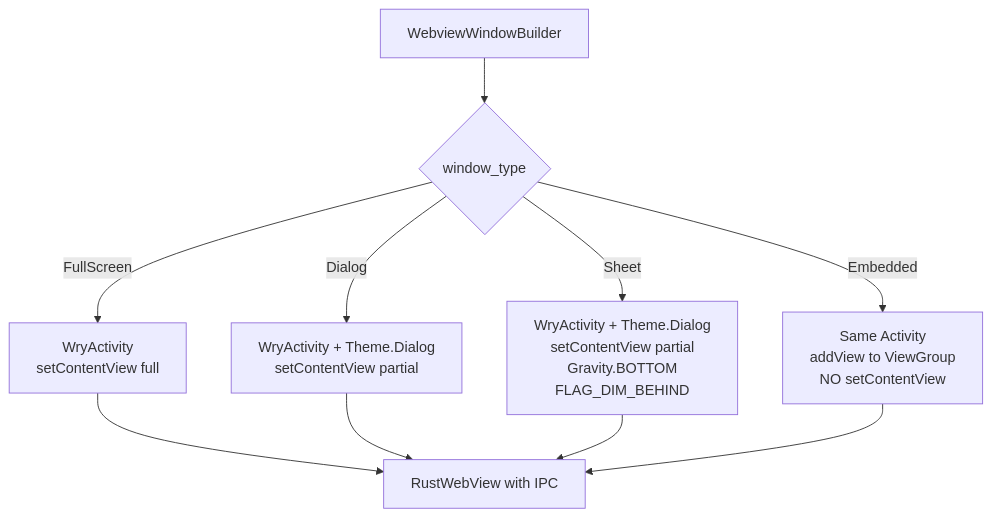
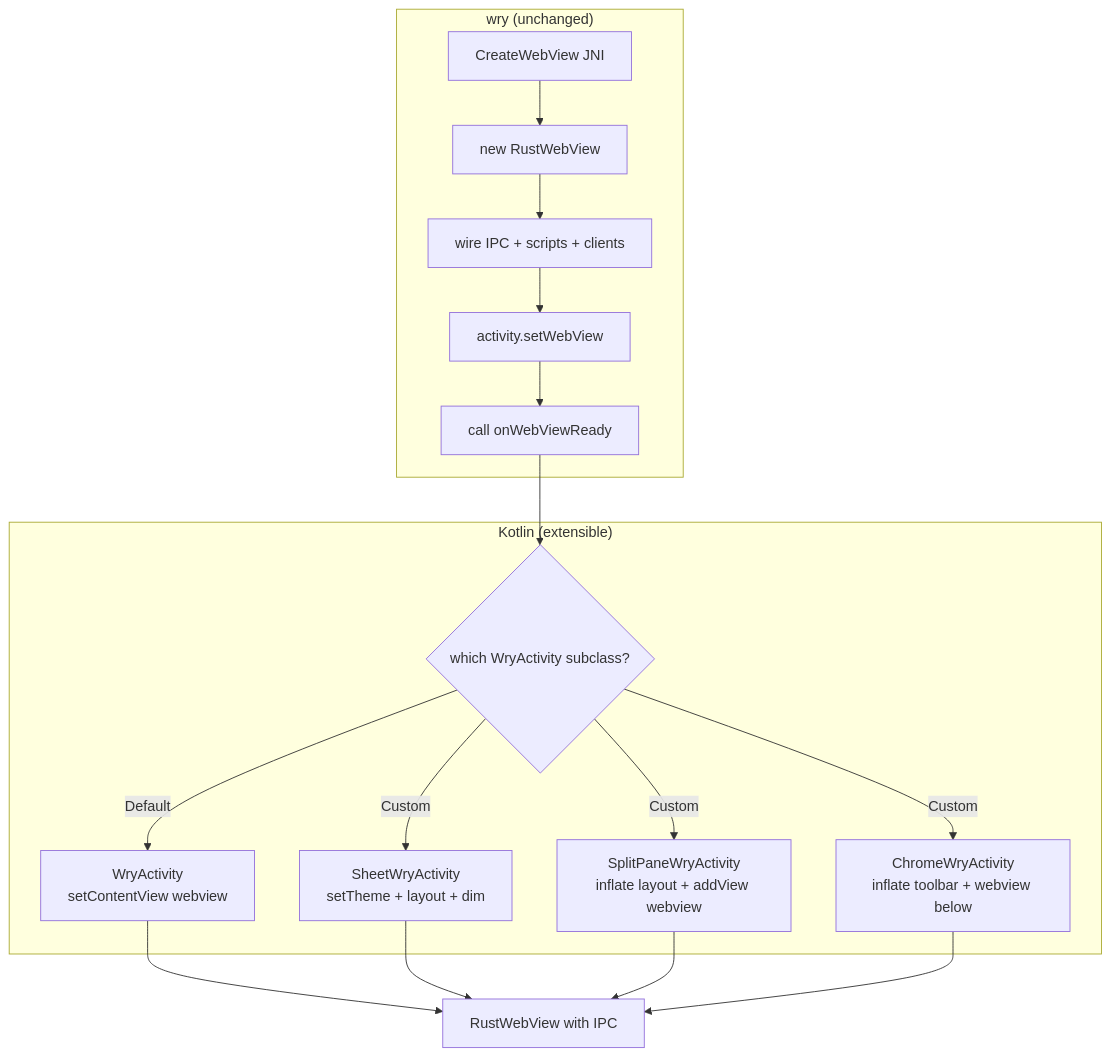
The diagram in specifications/52-tauri-foundation-platform/features/F45-wry-android-webview-create/feature.md (ewe-studios/ewe_platform), drawn with Mermaid before and after one commit. The commit also changed other lines of this file, not shown here.

First line of the commit message:
spec(F45): extensible custom Activity hosting via onWebViewReady hook

````diff
--- a/specifications/52-tauri-foundation-platform/features/F45-wry-android-webview-create/feature.md
+++ b/specifications/52-tauri-foundation-platform/features/F45-wry-android-webview-create/feature.md
@@ -46,13 +61,22 @@
 ```mermaid
 graph TD
-    A[WebviewWindowBuilder] --> B{window_type}
-    B -->|FullScreen| C[WryActivity<br/>setContentView full]
-    B -->|Dialog| D[WryActivity + Theme.Dialog<br/>setContentView partial]
-    B -->|Sheet| E[WryActivity + Theme.Dialog<br/>setContentView partial<br/>Gravity.BOTTOM<br/>FLAG_DIM_BEHIND]
-    B -->|Embedded| F[Same Activity<br/>addView to ViewGroup<br/>NO setContentView]
+    subgraph "wry (unchanged)"
+        A[CreateWebView JNI] --> B[new RustWebView]
+        B --> C[wire IPC + scripts + clients]
+        C --> D[activity.setWebView]
+        D --> E[call onWebViewReady]
+    end
 
-    C --> G[RustWebView with IPC]
-    D --> G
-    E --> G
-    F --> G
+    subgraph "Kotlin (extensible)"
+        E --> F{which WryActivity subclass?}
+        F -->|Default| G[WryActivity<br/>setContentView webview]
+        F -->|Custom| H[SheetWryActivity<br/>setTheme + layout + dim]
+        F -->|Custom| I[SplitPaneWryActivity<br/>inflate layout + addView webview]
+        F -->|Custom| J[ChromeWryActivity<br/>inflate toolbar + webview below]
+    end
+
+    G --> K[RustWebView with IPC]
+    H --> K
+    I --> K
+    J --> K
 ```
````
